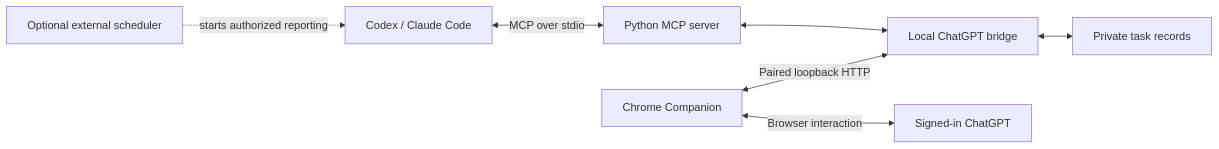
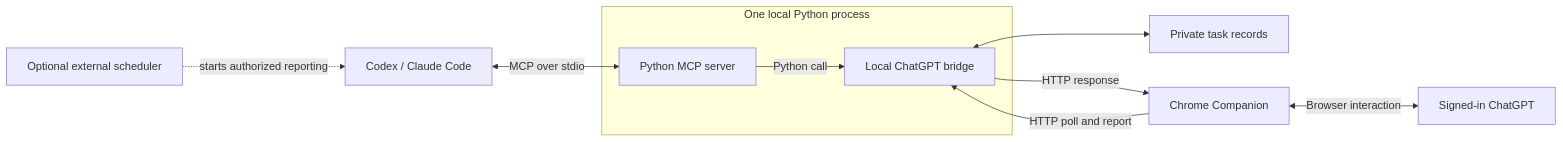
Before and after one commit to felixchenfy/ask-my-chatgpt: the diagram in README.md, drawn with Mermaid. The commit also changed other lines of this file and 2 other files, not shown here.

Commit message:
Clarify architecture boundaries after GPT documentation review

````diff
--- a/README.md
+++ b/README.md
@@ -51,9 +49,12 @@
 ```mermaid
 flowchart LR
     S["Optional external scheduler"] -. "starts authorized reporting" .-> C["Codex / Claude Code"]
     C <-->|"MCP over stdio"| P["Python MCP server"]
-    P <--> B["Local ChatGPT bridge"]
+    subgraph PY["One local Python process"]
+        P -->|"Python call"| B["Local ChatGPT bridge"]
+    end
     B <--> R["Private task records"]
-    X["Chrome Companion"] <-->|"Paired loopback HTTP"| B
+    X["Chrome Companion"] -->|"HTTP poll and report"| B
+    B -->|"HTTP response"| X
     X <-->|"Browser interaction"| G["Signed-in ChatGPT"]
 ```
````
